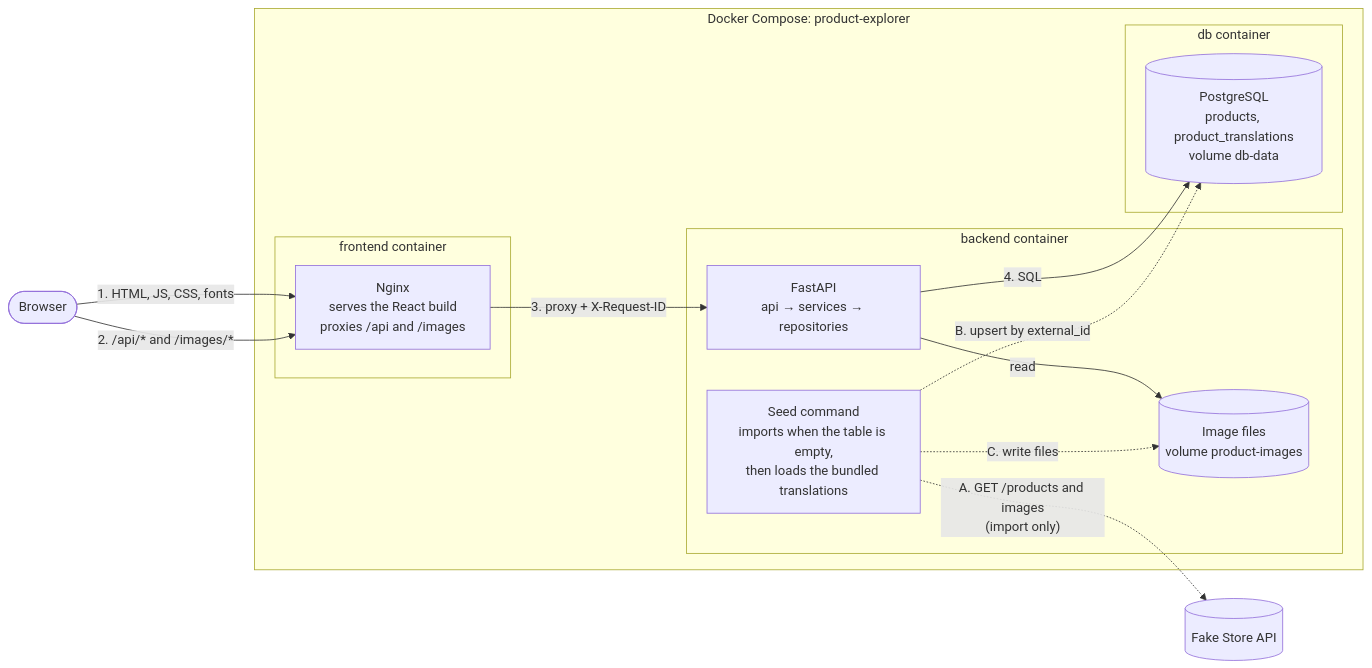
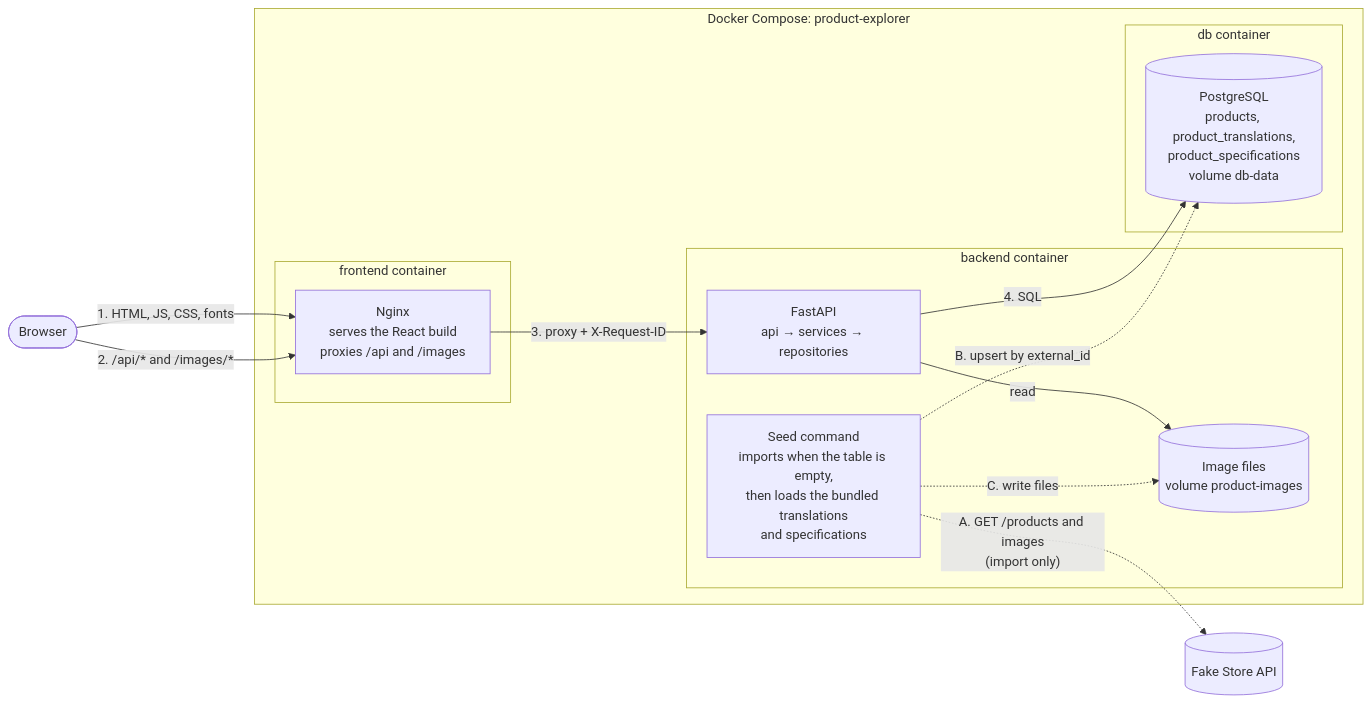
One commit to mtombolini/product-explorer changed the first of 3 diagrams in docs/architecture.md. Above: the diagram before and after it, drawn with Mermaid. The commit also changed other lines of this file and 4 other files, not shown here.

````diff
--- a/docs/architecture.md
+++ b/docs/architecture.md
@@ -5,29 +5,29 @@
 ```mermaid
 flowchart LR
     browser([Browser])
     fakestore[(Fake Store API)]
 
     subgraph compose["Docker Compose: product-explorer"]
         subgraph frontend["frontend container"]
             nginx["Nginx<br/>serves the React build<br/>proxies /api and /images"]
         end
         subgraph backend["backend container"]
-            seed["Seed command<br/>imports when the table is empty,<br/>then loads the bundled translations"]
+            seed["Seed command<br/>imports when the table is empty,<br/>then loads the bundled translations<br/>and specifications"]
             api["FastAPI<br/>api → services → repositories"]
             images[("Image files<br/>volume product-images")]
         end
         subgraph db["db container"]
-            postgres[("PostgreSQL<br/>products, product_translations<br/>volume db-data")]
+            postgres[("PostgreSQL<br/>products, product_translations,<br/>product_specifications<br/>volume db-data")]
         end
     end
 
     browser -- "1. HTML, JS, CSS, fonts" --> nginx
     browser -- "2. /api/* and /images/*" --> nginx
     nginx -- "3. proxy + X-Request-ID" --> api
     api -- "4. SQL" --> postgres
     api -- "read" --> images
 
     seed -. "A. GET /products and images<br/>(import only)" .-> fakestore
     seed -. "B. upsert by external_id" .-> postgres
     seed -. "C. write files" .-> images
 ```
````
